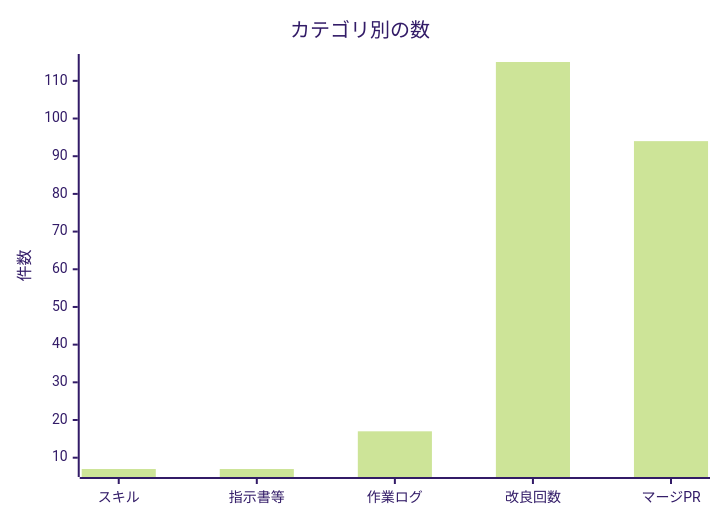
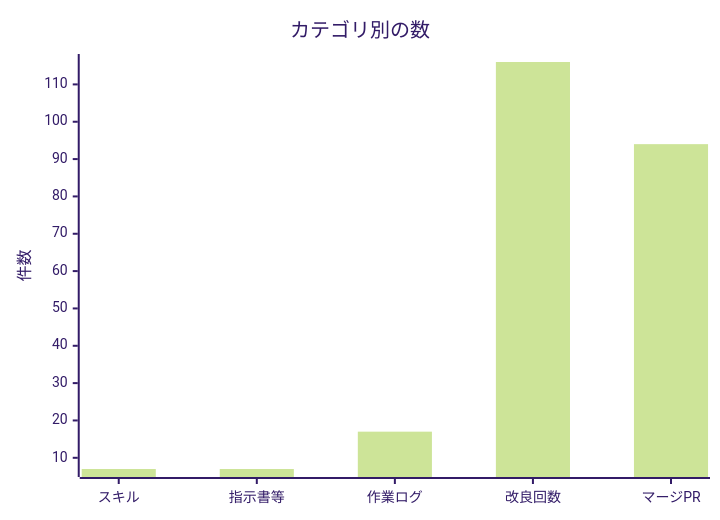
The second of 2 diagrams in docs/進化レポート.md (non-x2/non-x2), drawn with Mermaid (forest theme) before and after one commit. The commit also changed other lines of this file and 1 other file, not shown here.

````diff
--- a/docs/進化レポート.md
+++ b/docs/進化レポート.md
@@ -33,7 +33,7 @@
 ```mermaid
 xychart-beta
     title "カテゴリ別の数"
     x-axis ["スキル", "指示書等", "作業ログ", "改良回数", "マージPR"]
     y-axis "件数"
-    bar [7, 7, 17, 115, 94]
+    bar [7, 7, 17, 116, 94]
 ```
````
